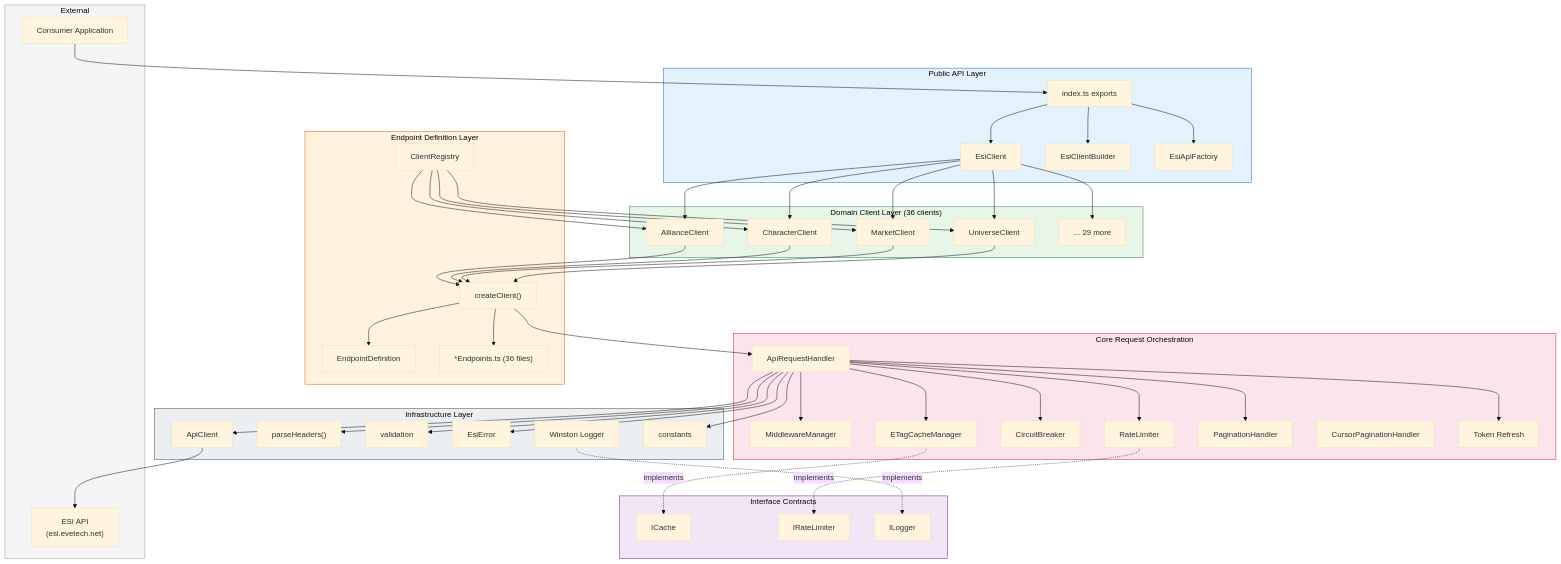
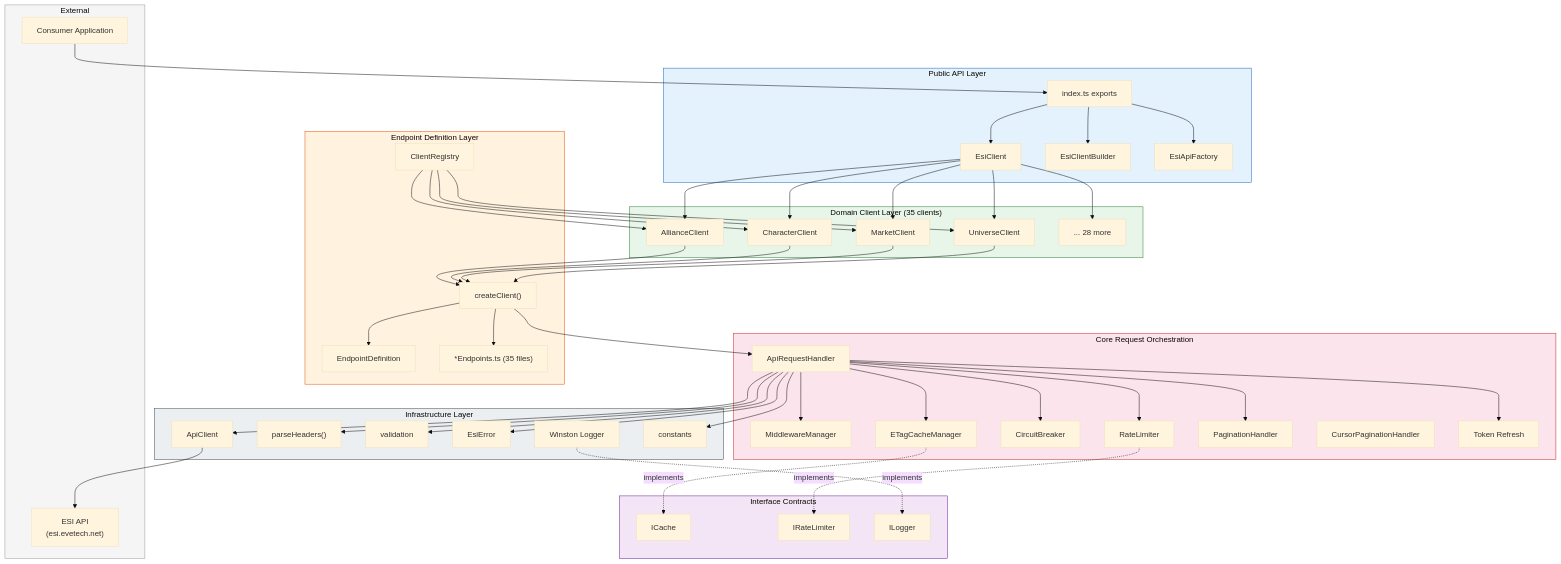
One commit to lgriffin/ESI.ts changed the first of 9 diagrams in docs/architecture.md. Above: the diagram before and after it, drawn with Mermaid (base theme). The commit also changed other lines of this file and 1 other file, not shown here.

Commit message:
Fix client count in architecture docs and changelog
The actual client count is 35 (32 on master + 3 new Equinox clients),
not 36. The pre-existing docs had an off-by-one error (33 instead of
32) which carried forward.

```diff
--- a/docs/architecture.md
+++ b/docs/architecture.md
@@ -18,17 +18,17 @@
         Index["index.ts exports"]
     end
 
-    subgraph DomainClients["Domain Client Layer (36 clients)"]
+    subgraph DomainClients["Domain Client Layer (35 clients)"]
         Alliance["AllianceClient"]
         Character["CharacterClient"]
         Market["MarketClient"]
         Universe["UniverseClient"]
-        More["... 29 more"]
+        More["... 28 more"]
     end
 
     subgraph EndpointLayer["Endpoint Definition Layer"]
         EndpointDef["EndpointDefinition"]
-        EndpointFiles["*Endpoints.ts (36 files)"]
+        EndpointFiles["*Endpoints.ts (35 files)"]
         CreateClient["createClient()"]
         Registry["ClientRegistry"]
     end
```
